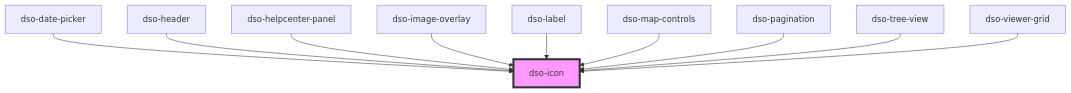
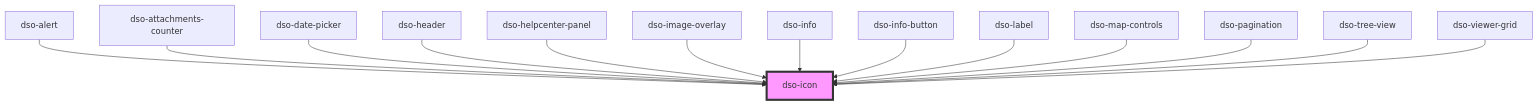
One commit to dso-toolkit/dso-toolkit changed the diagram in packages/core/src/components/icon/readme.md. Above: the diagram before and after it, drawn with Mermaid. The commit also changed other lines of this file and 108 other files, not shown here.

````diff
--- a/packages/core/src/components/icon/readme.md
+++ b/packages/core/src/components/icon/readme.md
@@ -30,13 +34,17 @@
 ```mermaid
 graph TD;
+  dso-alert --> dso-icon
+  dso-attachments-counter --> dso-icon
   dso-date-picker --> dso-icon
   dso-header --> dso-icon
   dso-helpcenter-panel --> dso-icon
   dso-image-overlay --> dso-icon
+  dso-info --> dso-icon
+  dso-info-button --> dso-icon
   dso-label --> dso-icon
   dso-map-controls --> dso-icon
   dso-pagination --> dso-icon
   dso-tree-view --> dso-icon
   dso-viewer-grid --> dso-icon
   style dso-icon fill:#f9f,stroke:#333,stroke-width:4px
 ```
````
